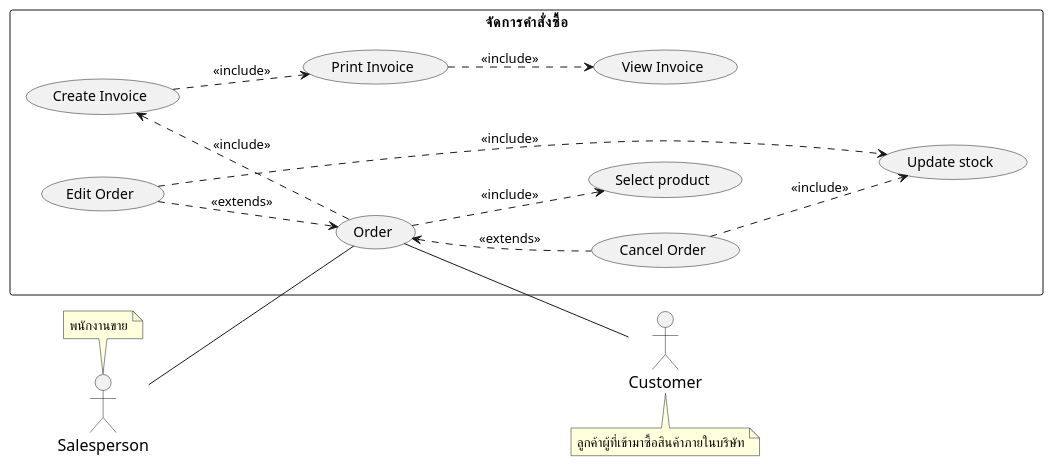
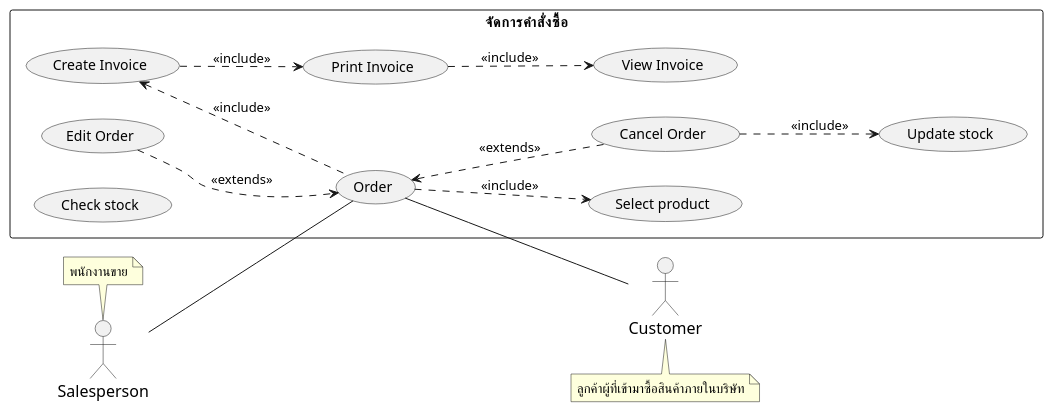
Before and after one commit to billowdev/inventory-system-plantuml-sequelize-seeder-example: the diagram in system-analysis/usecase/_4_usecase-order.puml, drawn with PlantUML. The commit also changed 1 other file, not shown here.

Commit message:
update usecase order

```diff
--- a/system-analysis/usecase/_4_usecase-order.puml
+++ b/system-analysis/usecase/_4_usecase-order.puml
@@ -1,79 +1,79 @@
 @startuml
 'https://plantuml.com/usecase-diagram
 left to right direction
 
 skinparam sequence {
     ParticipantFontName Thai
     ParticipantFontSize 16
     ActorFontSize 16
     ActorFontName Thai
 }
 'skinparam linetype polyline
 'skinparam linetype ortho
 
 skinparam Participant{
     FontColor #efefef
     BorderColor #c0c0c0
 }
 skinparam Sequence{
     ParticipantBorderThickness .5
     LifeLineBorderColor #8a8a8a
 }
 
 actor Customer as actorCustomer
 note bottom of actorCustomer : ลูกค้าผู้ที่เข้ามาซื้อสินค้าภายในบริษัท
 
 actor Salesperson as actorSalesperson
 note top of actorSalesperson : พนักงานขาย
 
 ' =================== Stock System ===================
 rectangle "จัดการคำสั่งซื้อ" as stockSystem {
 
     ' ================ Invoice ================
     usecase (View Invoice) as (usecaseViewInvoice)
     usecase (Create Invoice) as (usecaseCreateInvoice)
     usecase (Print Invoice) as (usecasePrintInvoice)
 
     ' ================ Ordering ================
     '    การสั่งซื้อสินค้า
 
     usecase (Order) as (usecaseOrder)
     '    note bottom of usecaseOrder : การสั่งซื้อสินค้า
     usecase (Edit Order) as (usecaseEditOrder)
     usecase (Cancel Order) as (usecaseDeleteOrder)
-
+    usecase (Check stock) as (usecaseCheckStock)
     ' ================ Stock ================
 
     usecase (Update stock) as (usecaseUpdateStock)
 
 
     usecase (Select product) as (usecaseSelectProduct)
 
 
 
     ' ================ Order ================
     (usecaseOrder) <.. (usecaseDeleteOrder) : <<extends>>
     (usecaseEditOrder) ..> (usecaseOrder) : <<extends>>
-    (usecaseEditOrder) ..> (usecaseUpdateStock) : <<include>>
+
     (usecaseDeleteOrder) ..> (usecaseUpdateStock) : <<include>>
     (usecaseCreateInvoice) <.. (usecaseOrder) : <<include>>
 
     ' ===  ความสัมพันธ์ระหว่าง actor และ usecase ในส่วนของการสั่งซื้อสินค้า ===
     actorSalesperson -- (usecaseOrder)
     (usecaseOrder) -- actorCustomer
 
   (usecaseOrder) ..> (usecaseSelectProduct) : <<include>>
 
 
     ' ================ Invoice ================
 
     (usecaseCreateInvoice) ..> (usecasePrintInvoice) : <<include>>
     (usecasePrintInvoice) ..> (usecaseViewInvoice) : <<include>>
 
 
 
 
 
 }
 
 @enduml
```
